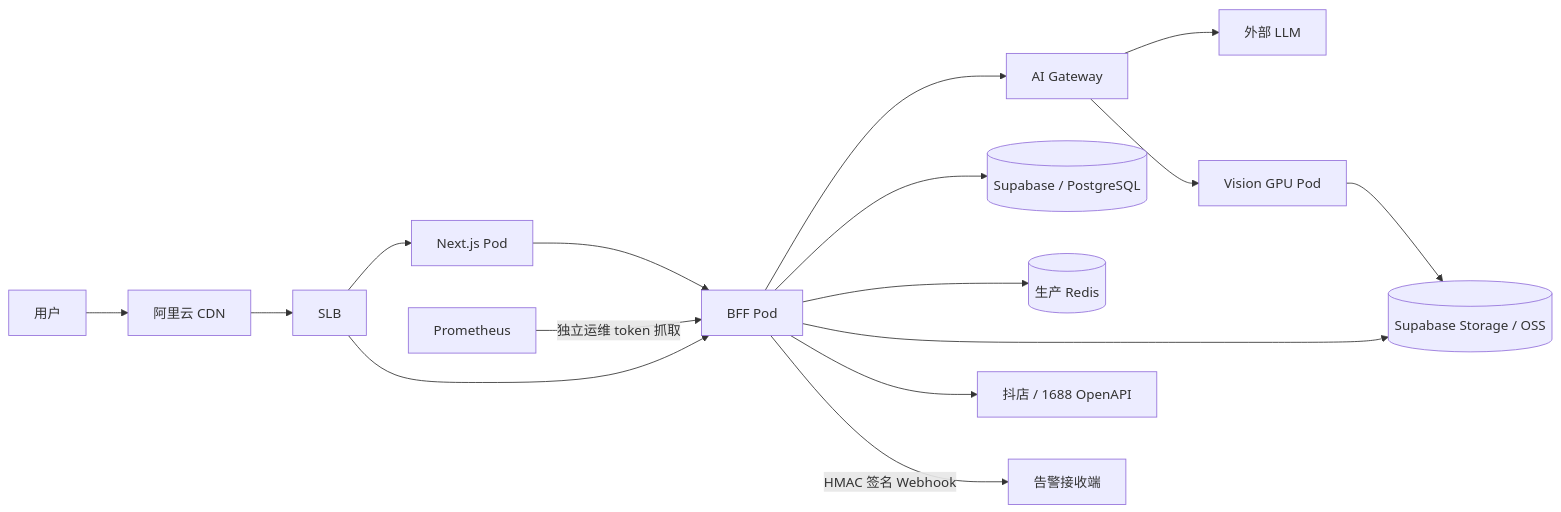
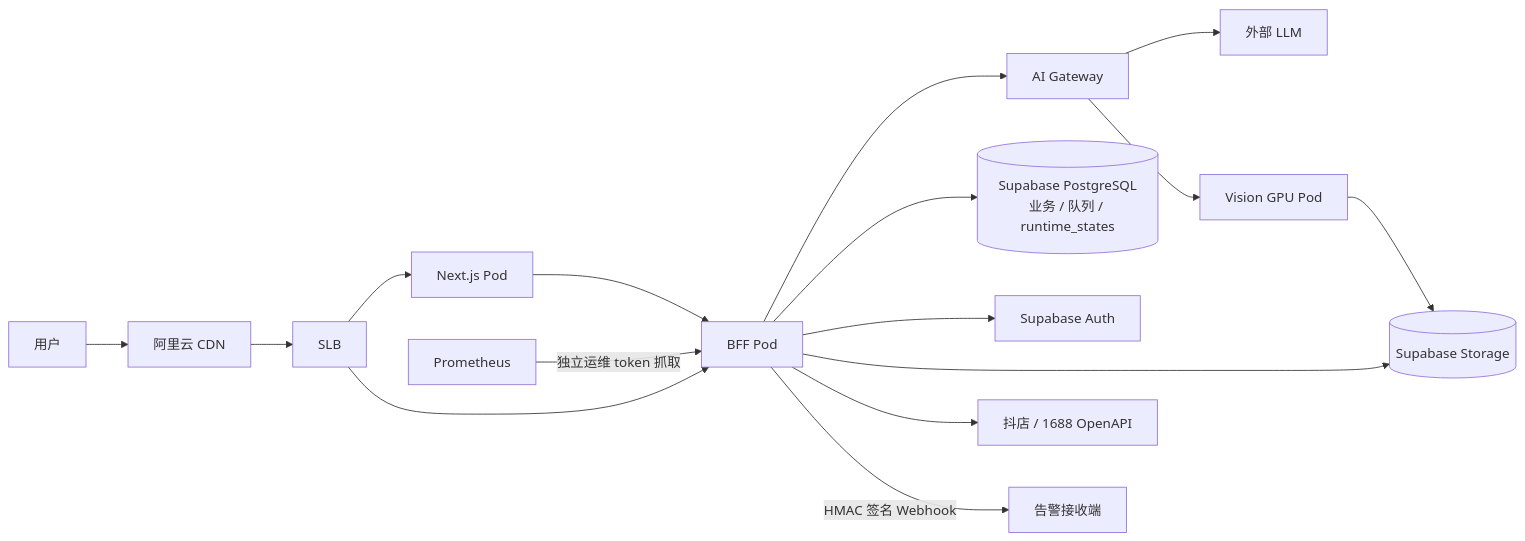
One commit to harzss/supplier changed the second of 2 diagrams in docs/03-architecture.md. Above: the diagram before and after it, drawn with Mermaid. The commit also changed other lines of this file and 100 other files, not shown here.

Commit message:
feat: add Supabase runtime state and SKU editing

````diff
--- a/docs/03-architecture.md
+++ b/docs/03-architecture.md
@@ -141,18 +145,18 @@
 ```mermaid
 flowchart LR
     User[用户] --> CDN[阿里云 CDN]
     CDN --> SLB[SLB]
     SLB --> WebPod[Next.js Pod]
     SLB --> BFFPod[BFF Pod]
     WebPod --> BFFPod
     BFFPod --> AIGateway[AI Gateway]
     AIGateway --> LLM[外部 LLM]
     AIGateway --> VisionPod[Vision GPU Pod]
-    BFFPod --> PG[(Supabase / PostgreSQL)]
-    BFFPod --> Redis[(生产 Redis)]
-    BFFPod --> Storage[(Supabase Storage / OSS)]
+    BFFPod --> PG[("Supabase PostgreSQL<br/>业务 / 队列 / runtime_states")]
+    BFFPod --> SupabaseAuth[Supabase Auth]
+    BFFPod --> Storage[(Supabase Storage)]
     BFFPod --> Platform[抖店 / 1688 OpenAPI]
     Prometheus[Prometheus] -->|独立运维 token 抓取| BFFPod
     BFFPod -->|HMAC 签名 Webhook| AlertReceiver[告警接收端]
     VisionPod --> Storage
 ```
````
